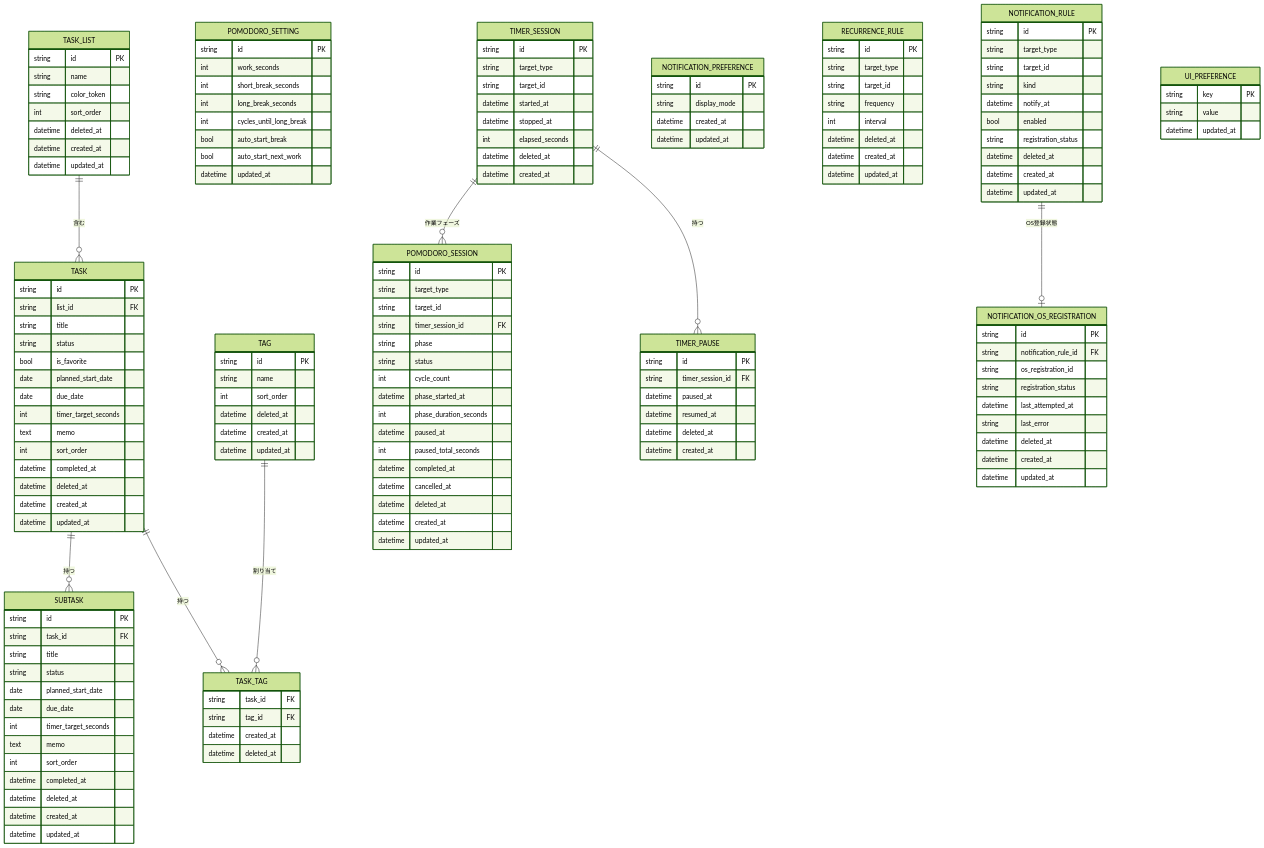
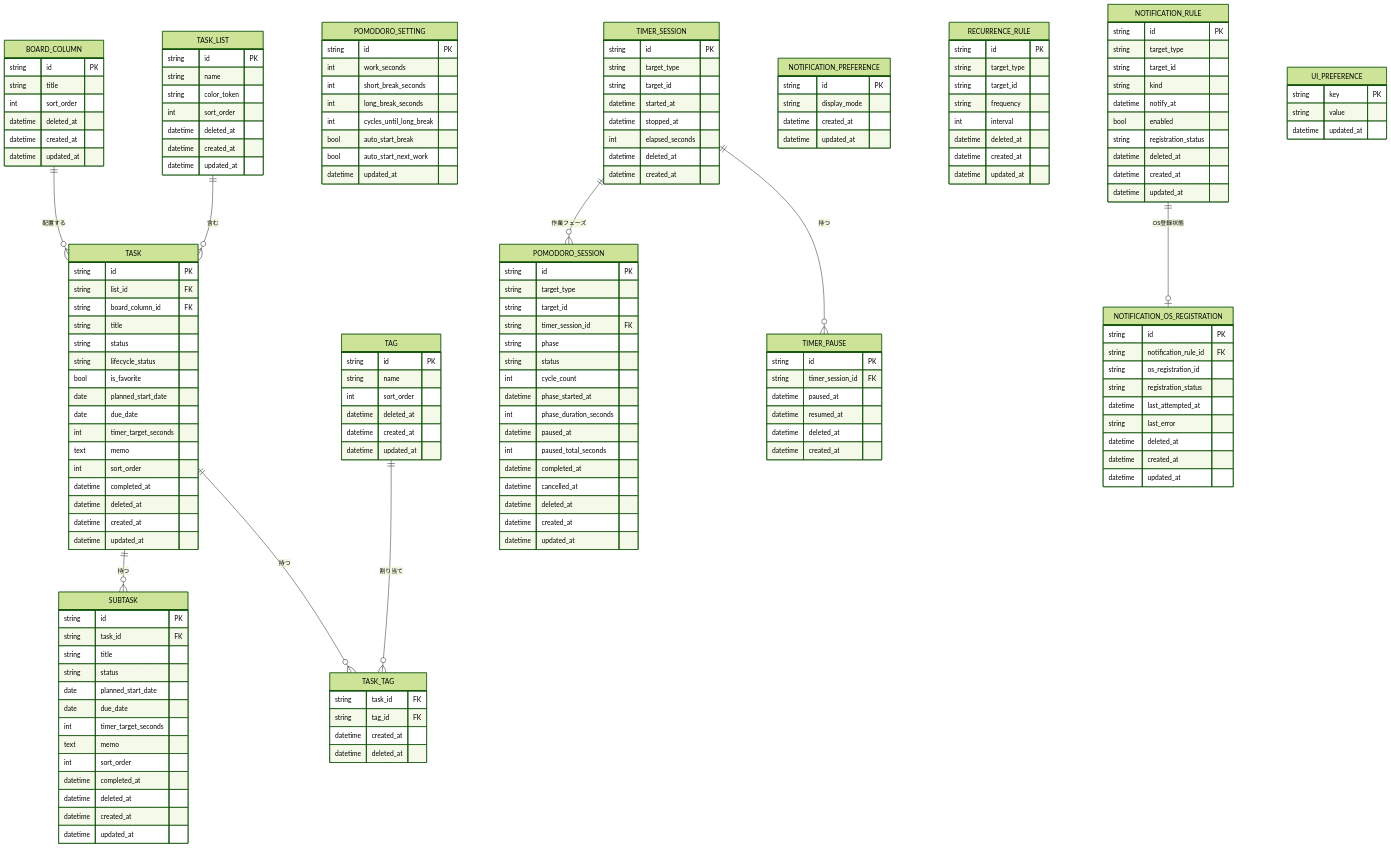
Before and after one commit to yt-hsgw/TaskTimer: the first of 2 diagrams in docs/domain-model.md, drawn with Mermaid (forest theme). The commit also changed other lines of this file and 29 other files, not shown here.

```diff
--- a/docs/domain-model.md
+++ b/docs/domain-model.md
@@ -7,8 +7,10 @@
   TASK {
     string id PK
     string list_id FK
+    string board_column_id FK
     string title
     string status
+    string lifecycle_status
     bool is_favorite
     date planned_start_date
     date due_date
@@ -16,6 +18,15 @@
     text memo
     int sort_order
     datetime completed_at
+    datetime deleted_at
+    datetime created_at
+    datetime updated_at
+  }
+
+  BOARD_COLUMN {
+    string id PK
+    string title
+    int sort_order
     datetime deleted_at
     datetime created_at
     datetime updated_at
@@ -163,6 +174,7 @@
   }
 
   TASK_LIST ||--o{ TASK : 含む
+  BOARD_COLUMN ||--o{ TASK : 配置する
   TASK ||--o{ TASK_TAG : 持つ
   TAG ||--o{ TASK_TAG : 割り当て
   TASK ||--o{ SUBTASK : 持つ
```
